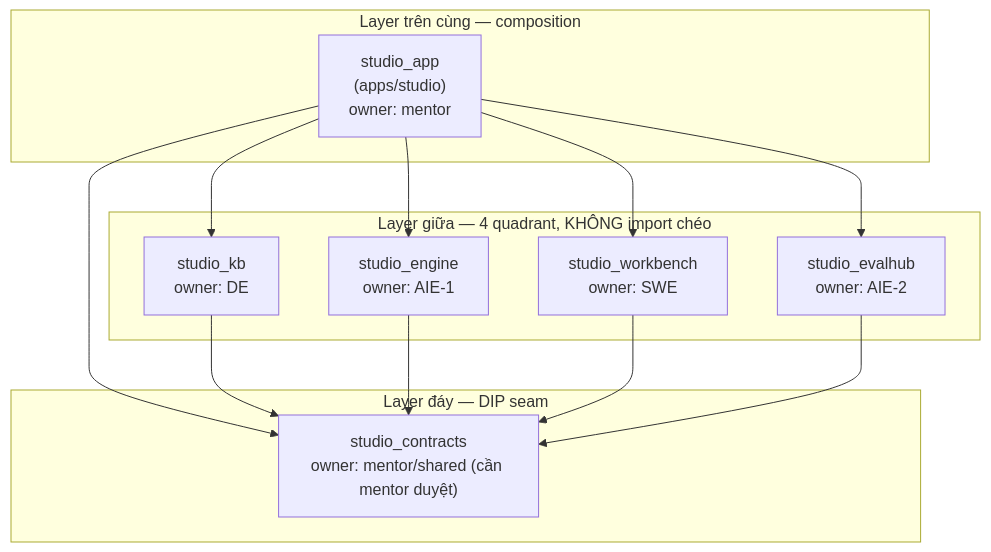
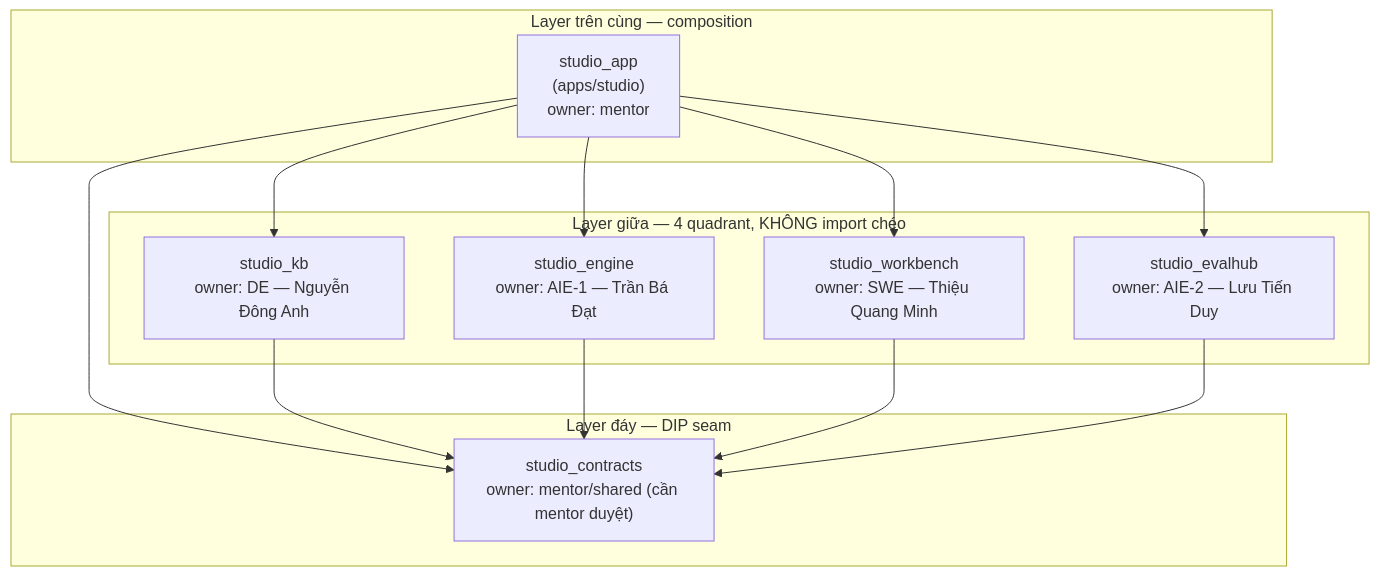
The first of 4 diagrams in docs/system-architecture.md (AI20K-VGR/agentcore-studio-kit), drawn with Mermaid before and after one commit. The commit also changed other lines of this file and 4 other files, not shown here.

````diff
--- a/docs/system-architecture.md
+++ b/docs/system-architecture.md
@@ -35,25 +35,25 @@
 ```mermaid
 graph TB
     subgraph L2["Layer trên cùng — composition"]
         APP["studio_app<br/>(apps/studio)<br/>owner: mentor"]
     end
     subgraph L1["Layer giữa — 4 quadrant, KHÔNG import chéo"]
-        KB["studio_kb<br/>owner: DE"]
-        ENGINE["studio_engine<br/>owner: AIE-1"]
-        WB["studio_workbench<br/>owner: SWE"]
-        EVAL["studio_evalhub<br/>owner: AIE-2"]
+        KB["studio_kb<br/>owner: DE — Nguyễn Đông Anh"]
+        ENGINE["studio_engine<br/>owner: AIE-1 — Trần Bá Đạt"]
+        WB["studio_workbench<br/>owner: SWE — Thiệu Quang Minh"]
+        EVAL["studio_evalhub<br/>owner: AIE-2 — Lưu Tiến Duy"]
     end
     subgraph L0["Layer đáy — DIP seam"]
         CONTRACTS["studio_contracts<br/>owner: mentor/shared (cần mentor duyệt)"]
     end
 
     APP --> KB
     APP --> ENGINE
     APP --> WB
     APP --> EVAL
     APP --> CONTRACTS
     KB --> CONTRACTS
     ENGINE --> CONTRACTS
     WB --> CONTRACTS
     EVAL --> CONTRACTS
 ```
````
